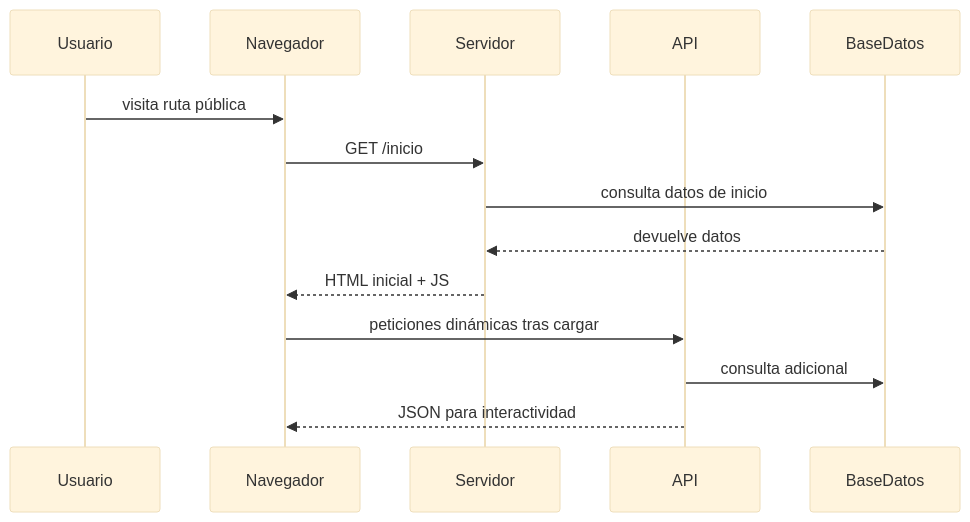
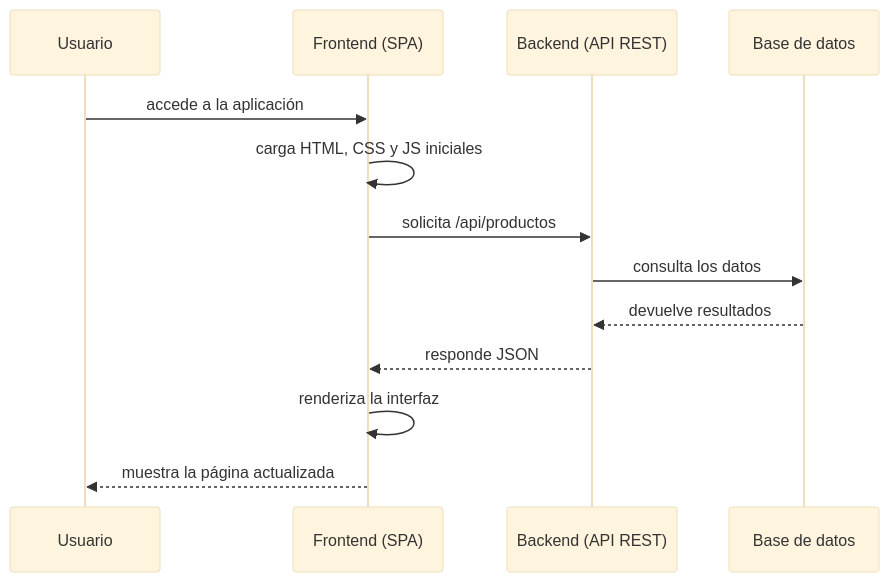
Before and after one commit to ATorresCode/dwes: the tenth of 16 diagrams in docs/u01/propuesta-ampliada.md, drawn with Mermaid (base theme). The commit also changed other lines of this file and 3 other files, not shown here.

````diff
--- a/docs/u01/propuesta-ampliada.md
+++ b/docs/u01/propuesta-ampliada.md
@@ -316,17 +355,16 @@
 ```mermaid
 sequenceDiagram
-  participant Usuario
-  participant Navegador
-  participant Servidor
-  participant API
-  participant BaseDatos
+    participant Usuario
+    participant Frontend as Frontend (SPA)
+    participant Backend as Backend (API REST)
+    participant BaseDatos as Base de datos
 
-  Usuario->>Navegador: visita ruta pública
-  Navegador->>Servidor: GET /inicio
-  Servidor->>BaseDatos: consulta datos de inicio
-  BaseDatos-->>Servidor: devuelve datos
-  Servidor-->>Navegador: HTML inicial + JS
-  Navegador->>API: peticiones dinámicas tras cargar
-  API->>BaseDatos: consulta adicional
-  API-->>Navegador: JSON para interactividad
+    Usuario->>Frontend: accede a la aplicación
+    Frontend->>Frontend: carga HTML, CSS y JS iniciales
+    Frontend->>Backend: solicita /api/productos
+    Backend->>BaseDatos: consulta los datos
+    BaseDatos-->>Backend: devuelve resultados
+    Backend-->>Frontend: responde JSON
+    Frontend->>Frontend: renderiza la interfaz
+    Frontend-->>Usuario: muestra la página actualizada
 ```
````
